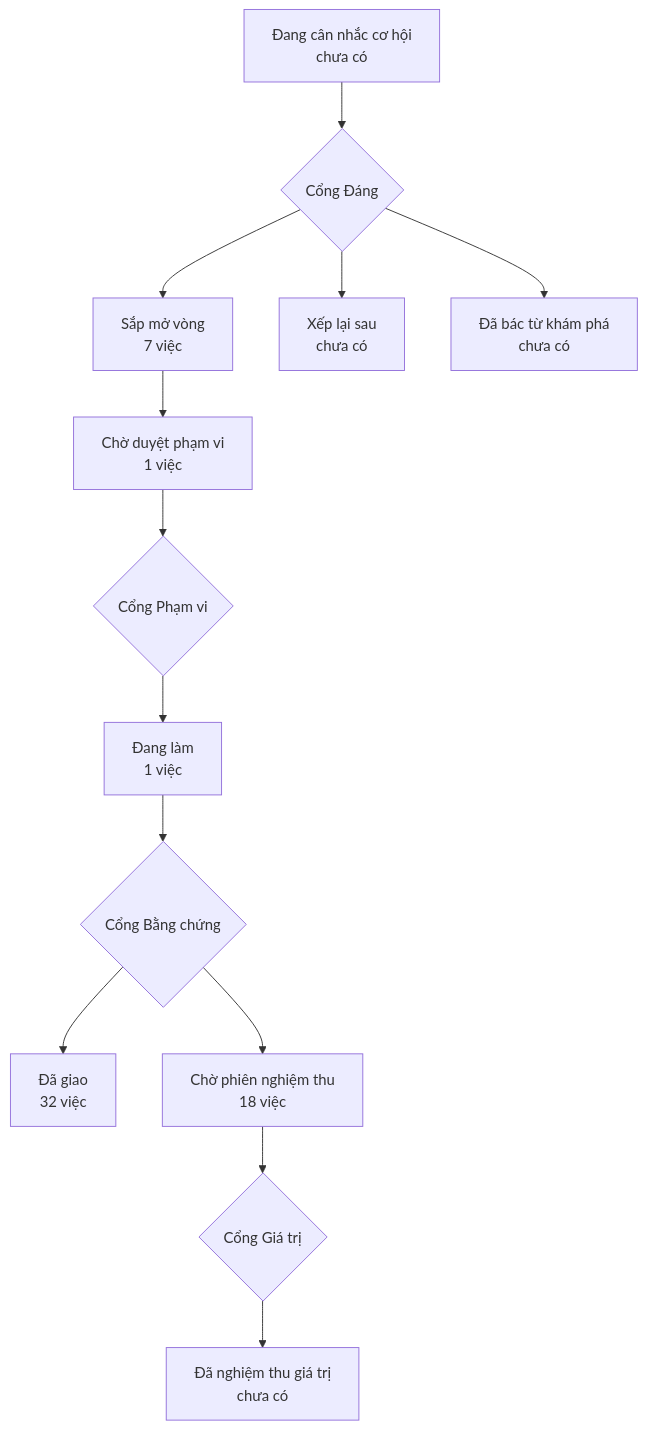
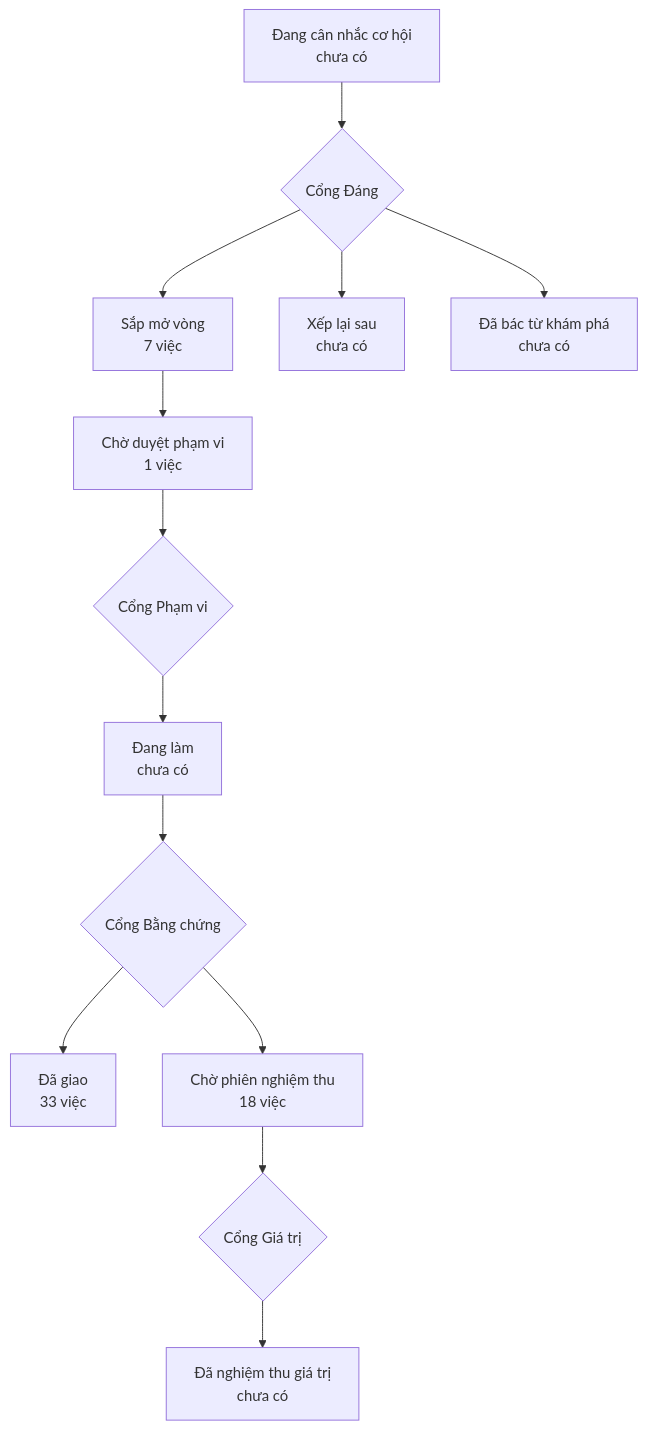
The diagram in PRODUCT-MAP.md (phanlemanh/onehub-invest), drawn with Mermaid before and after one commit. The commit also changed other lines of this file and 5 other files, not shown here.

````diff
--- a/PRODUCT-MAP.md
+++ b/PRODUCT-MAP.md
@@ -7,12 +7,12 @@
 ```mermaid
 flowchart TD
   A["Đang cân nhắc cơ hội<br/>chưa có"] --> GD{"Cổng Đáng"}
   GD --> B["Sắp mở vòng<br/>7 việc"]
   GD --> XL["Xếp lại sau<br/>chưa có"]
   GD --> DB["Đã bác từ khám phá<br/>chưa có"]
   B --> CD["Chờ duyệt phạm vi<br/>1 việc"] --> GP{"Cổng Phạm vi"}
-  GP --> DL["Đang làm<br/>1 việc"] --> GB{"Cổng Bằng chứng"}
-  GB --> DG["Đã giao<br/>32 việc"]
+  GP --> DL["Đang làm<br/>chưa có"] --> GB{"Cổng Bằng chứng"}
+  GB --> DG["Đã giao<br/>33 việc"]
   GB --> CN["Chờ phiên nghiệm thu<br/>18 việc"] --> GG{"Cổng Giá trị"}
   GG --> NT["Đã nghiệm thu giá trị<br/>chưa có"]
 ```
````
